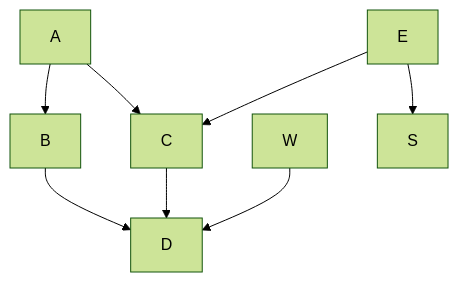
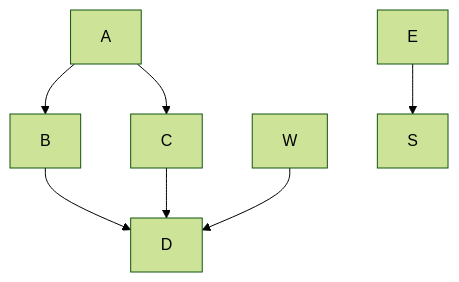
Before and after one commit to avergnaud/wiki-mermaid: the diagram in README.md, drawn with Mermaid (forest theme). The commit also changed other lines of this file and 1 other file, not shown here.

Commit message:
graphe mermaid - exemple

````diff
--- a/README.md
+++ b/README.md
@@ -18,10 +18,9 @@
 ```mermaid
 graph TD;
     A-->B;
     A-->C;
     B-->D;
     C-->D;
     W-->D;
     E-->S;
-    E-->C;
 ```
````
